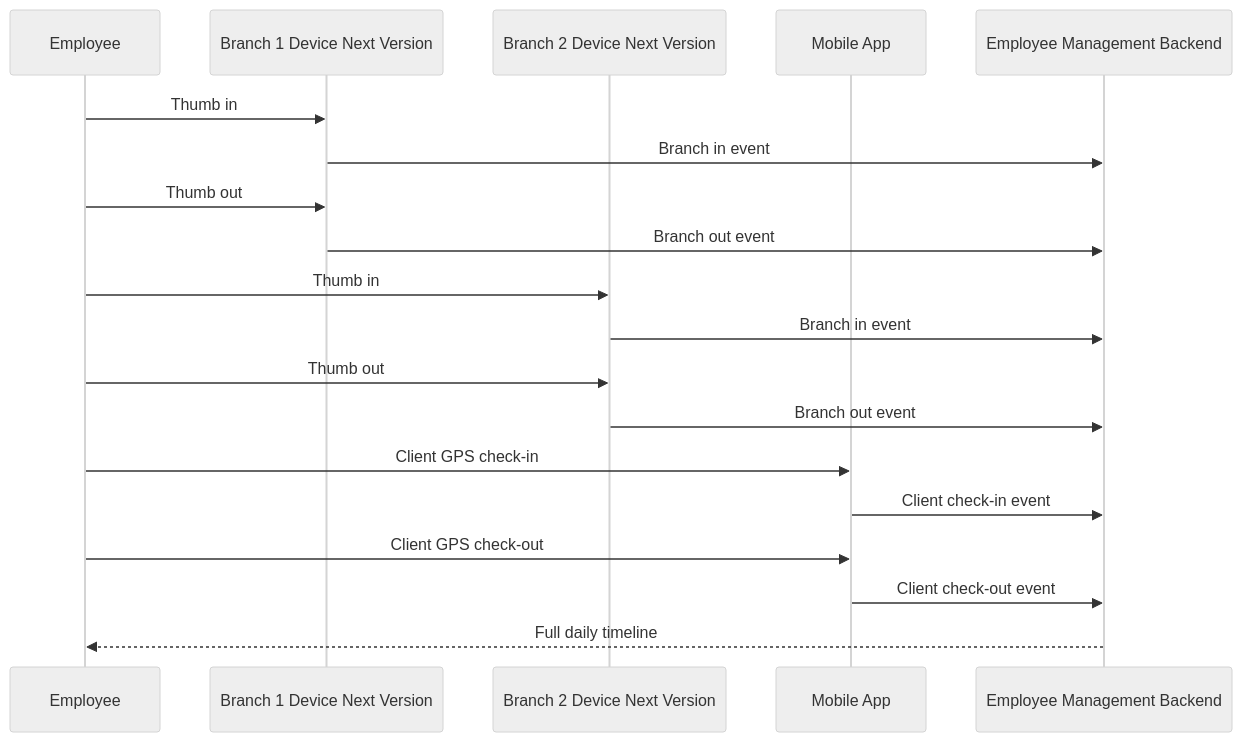
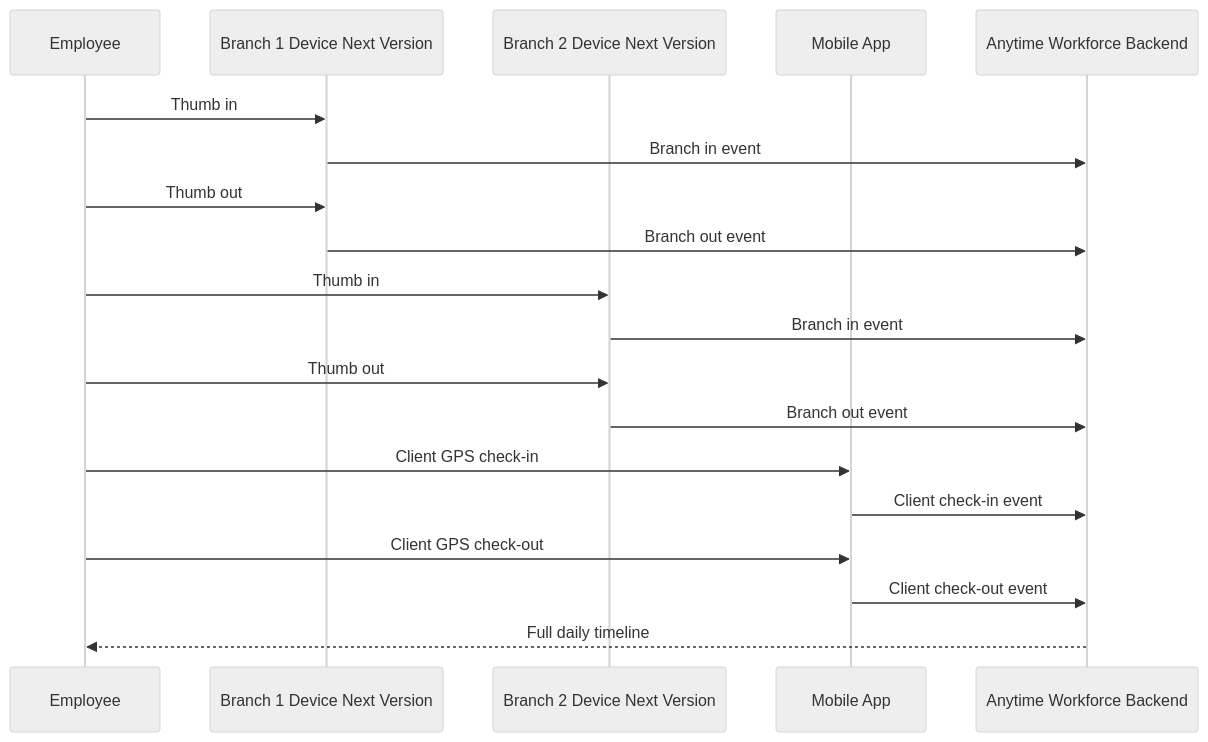
The first of 2 diagrams in docs/USER_GUIDE.md (Sameerreddy-ATD/Atd-Hrms), drawn with Mermaid (neutral theme) before and after one commit. The commit also changed other lines of this file and 36 other files, not shown here.

First line of the commit message:
Ship Anytime Workforce branding and shell UI polish.

````diff
--- a/docs/USER_GUIDE.md
+++ b/docs/USER_GUIDE.md
@@ -280,22 +280,22 @@
 ```mermaid
 sequenceDiagram
   participant Employee
   participant Branch1 as Branch 1 Device Next Version
   participant Branch2 as Branch 2 Device Next Version
   participant Mobile as Mobile App
-  participant EMS as Employee Management Backend
+  participant EMS as Anytime Workforce Backend
 
   Employee->>Branch1: Thumb in
   Branch1->>EMS: Branch in event
   Employee->>Branch1: Thumb out
   Branch1->>EMS: Branch out event
   Employee->>Branch2: Thumb in
   Branch2->>EMS: Branch in event
   Employee->>Branch2: Thumb out
   Branch2->>EMS: Branch out event
   Employee->>Mobile: Client GPS check-in
   Mobile->>EMS: Client check-in event
   Employee->>Mobile: Client GPS check-out
   Mobile->>EMS: Client check-out event
   EMS-->>Employee: Full daily timeline
 ```
````
